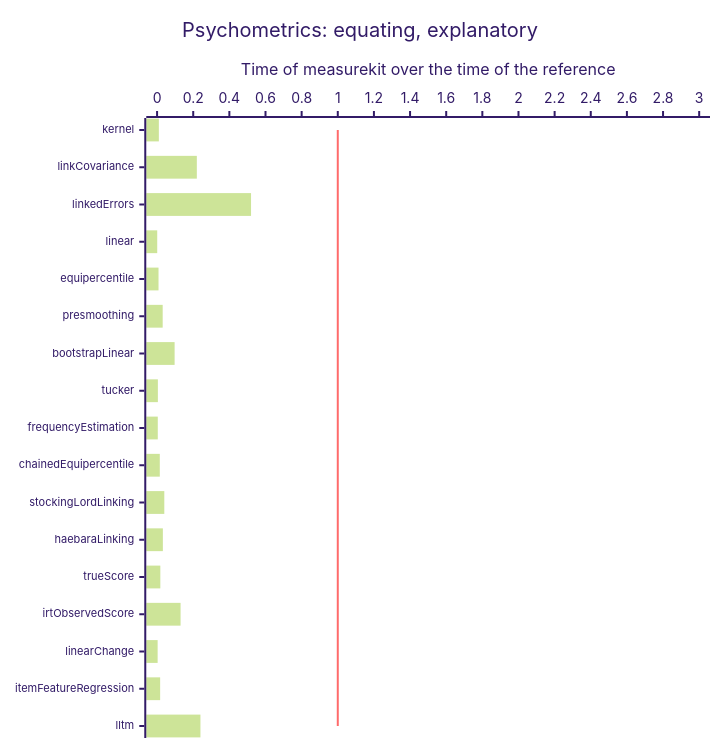
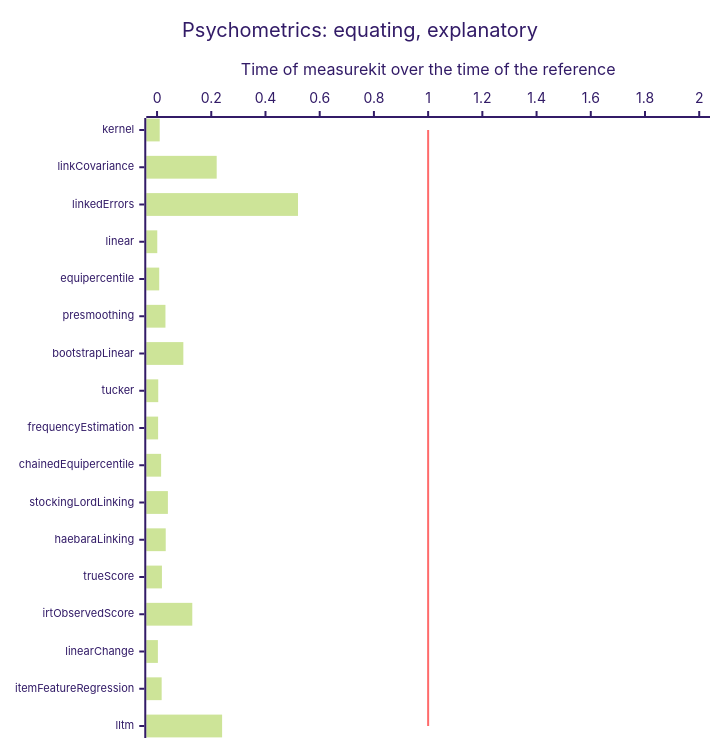
Before and after one commit to measurekit/measurekit: the seventh of 15 diagrams in docs/performance.md, drawn with Mermaid (forest theme). The commit also changed other lines of this file and 1 other file, not shown here.

First line of the commit message:
Give the performance guide the rows and charts of fit, cat, the evaluation of automated scores and person scalability, and the timing of RSMTool

````diff
--- a/docs/performance.md
+++ b/docs/performance.md
@@ -63,9 +73,9 @@
 ```mermaid
 %%{init: {"xyChart": {"height": 728, "xAxis": {"labelFontSize": 11}}}}%%
 xychart-beta horizontal
   title "Psychometrics: equating, explanatory"
   x-axis ["kernel", "linkCovariance", "linkedErrors", "linear", "equipercentile", "presmoothing", "bootstrapLinear", "tucker", "frequencyEstimation", "chainedEquipercentile", "stockingLordLinking", "haebaraLinking", "trueScore", "irtObservedScore", "linearChange", "itemFeatureRegression", "lltm"]
-  y-axis "Time of measurekit over the time of the reference" 0 --> 3
+  y-axis "Time of measurekit over the time of the reference" 0 --> 2
   bar [0.0098, 0.22, 0.52, 0.00083, 0.008, 0.031, 0.097, 0.0044, 0.0039, 0.015, 0.04, 0.032, 0.018, 0.13, 0.0031, 0.017, 0.24]
   line [1, 1, 1, 1, 1, 1, 1, 1, 1, 1, 1, 1, 1, 1, 1, 1, 1]
 ```
````
